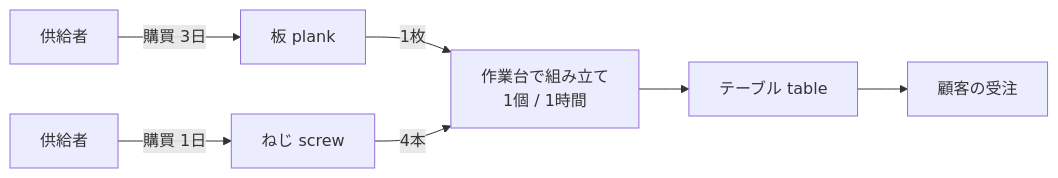
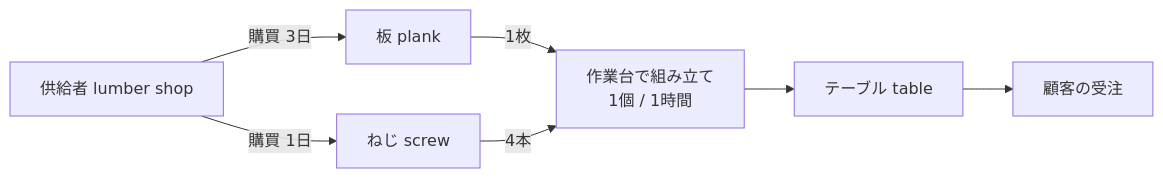
One commit to rkawajiri/zenn-content changed the diagram in books/frepple-tutorial-ja/05-build-model.md. Above: the diagram before and after it, drawn with Mermaid. The commit also changed other lines of this file and 6 other files, not shown here.

````diff
--- a/books/frepple-tutorial-ja/05-build-model.md
+++ b/books/frepple-tutorial-ja/05-build-model.md
@@ -21,9 +21,9 @@
 ```mermaid
 flowchart LR
-  S1[供給者] -->|購買 3日| P[板 plank]
-  S2[供給者] -->|購買 1日| W[ねじ screw]
+  S[供給者 lumber shop] -->|購買 3日| P[板 plank]
+  S -->|購買 1日| W[ねじ screw]
   P -->|1枚| A[作業台で組み立て<br>1個 / 1時間]
   W -->|4本| A
   A --> T[テーブル table]
   T --> O[顧客の受注]
 ```
````
